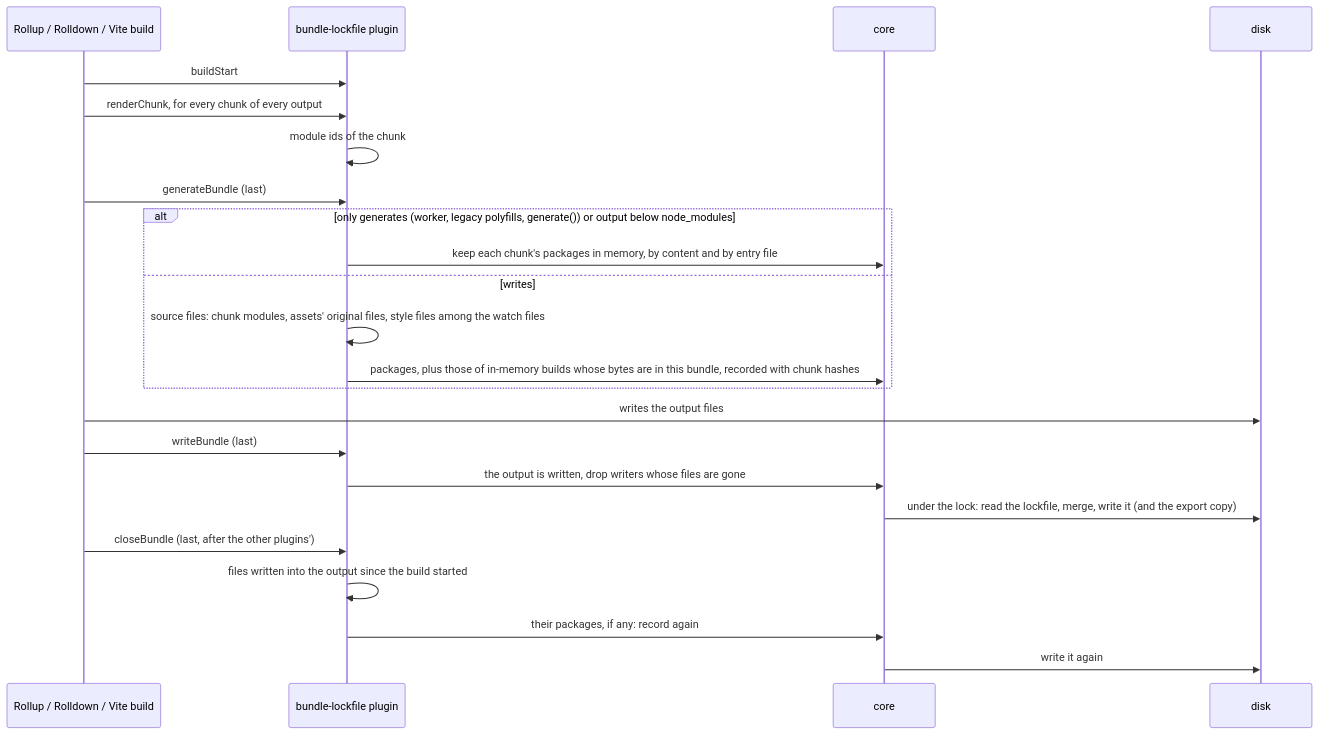
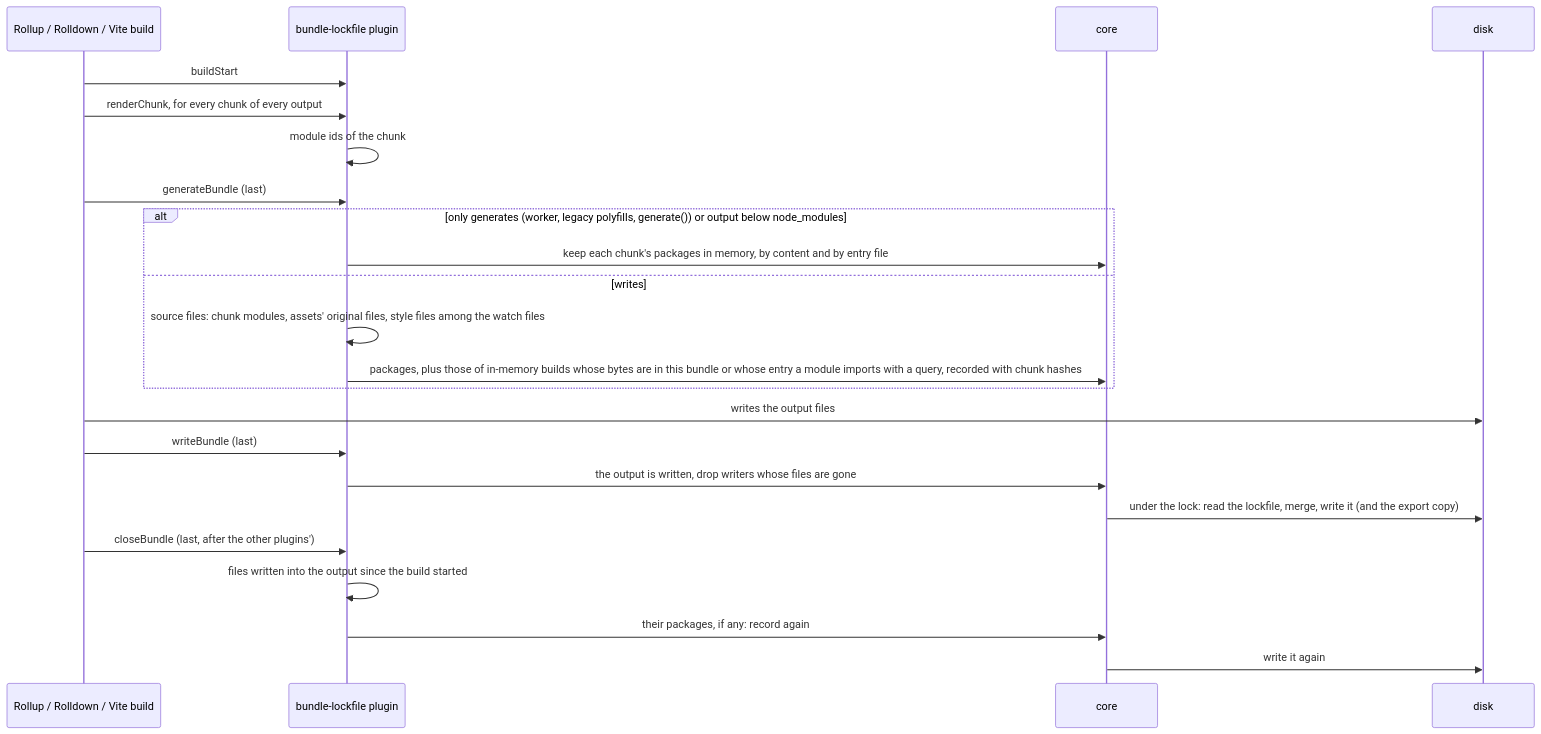
One commit to toabctl/bundle-lockfile changed the third of 5 diagrams in README.md. Above: the diagram before and after it, drawn with Mermaid. The commit also changed other lines of this file, not shown here.

````diff
--- a/README.md
+++ b/README.md
@@ -499,25 +511,25 @@
 ```mermaid
 sequenceDiagram
   participant B as Rollup / Rolldown / Vite build
   participant P as bundle-lockfile plugin
   participant C as core
   participant D as disk
   B->>P: buildStart
   B->>P: renderChunk, for every chunk of every output
   P->>P: module ids of the chunk
   B->>P: generateBundle (last)
   alt only generates (worker, legacy polyfills, generate()) or output below node_modules
     P->>C: keep each chunk's packages in memory, by content and by entry file
   else writes
     P->>P: source files: chunk modules, assets' original files, style files among the watch files
-    P->>C: packages, plus those of in-memory builds whose bytes are in this bundle, recorded with chunk hashes
+    P->>C: packages, plus those of in-memory builds whose bytes are in this bundle or whose entry a module imports with a query, recorded with chunk hashes
   end
   B->>D: writes the output files
   B->>P: writeBundle (last)
   P->>C: the output is written, drop writers whose files are gone
   C->>D: under the lock: read the lockfile, merge, write it (and the export copy)
   B->>P: closeBundle (last, after the other plugins')
   P->>P: files written into the output since the build started
   P->>C: their packages, if any: record again
   C->>D: write it again
 ```
````
